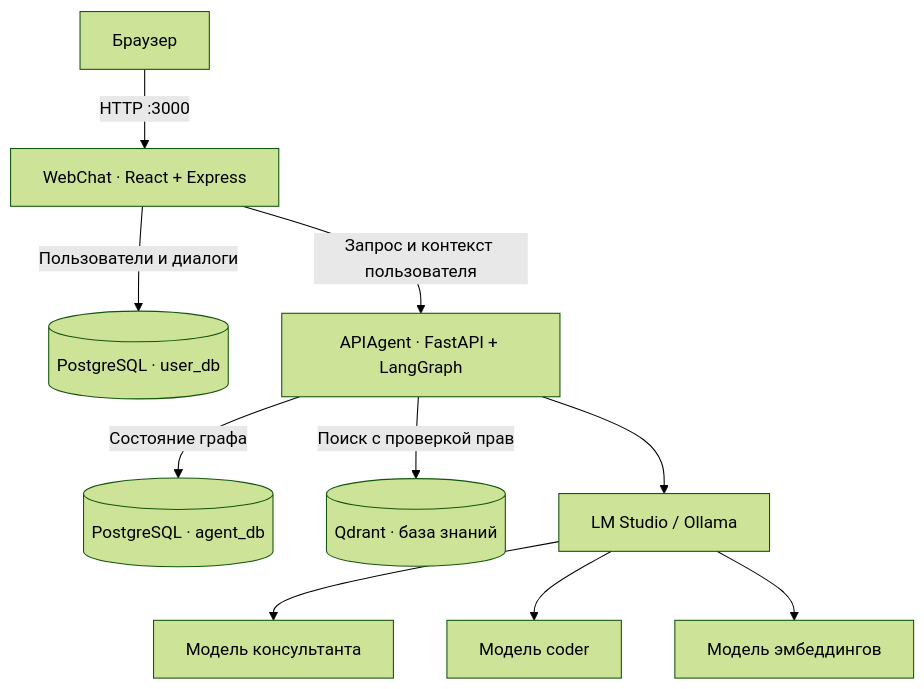
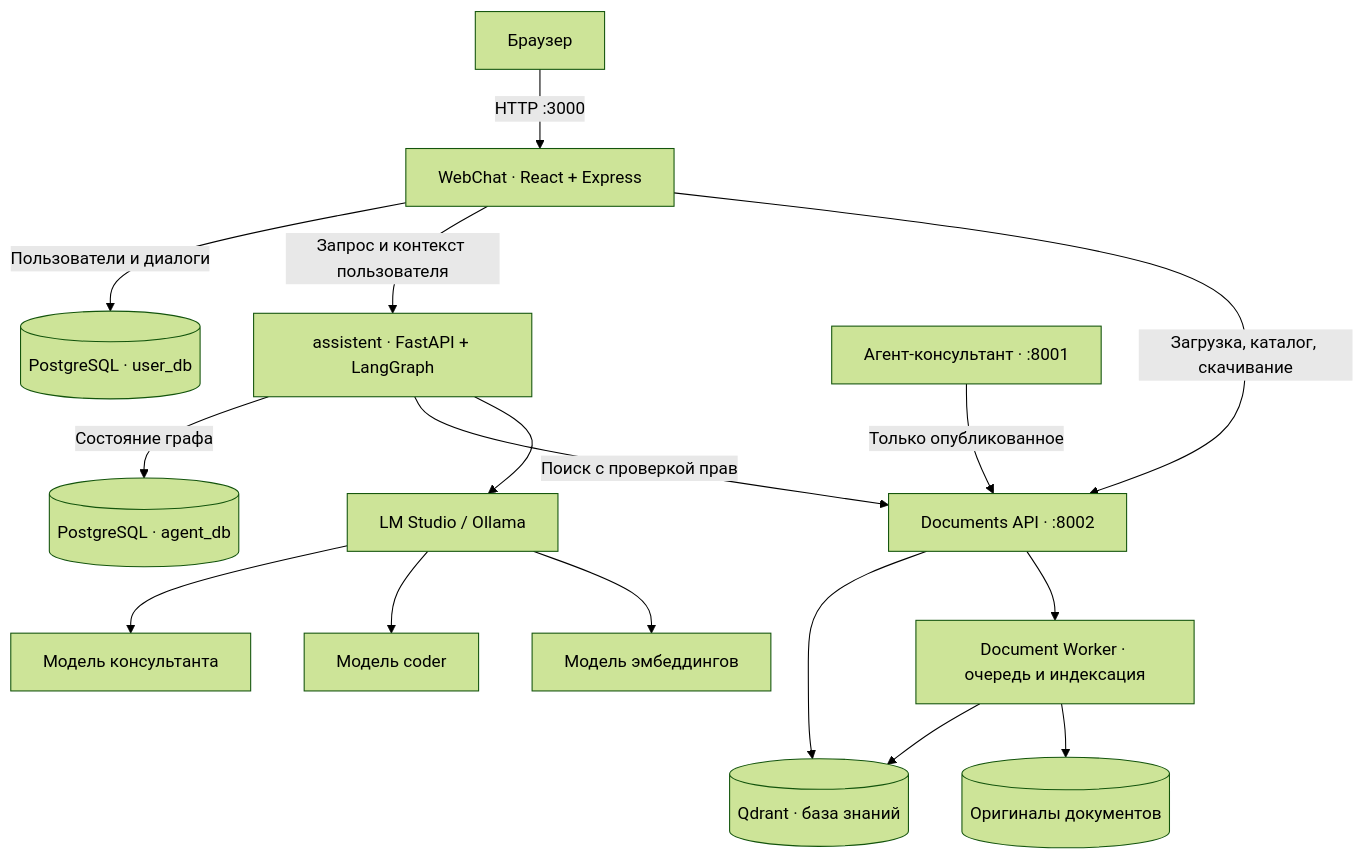
One commit to kanl222/VIIO changed the diagram in README.md. Above: the diagram before and after it, drawn with Mermaid (forest theme). The commit also changed other lines of this file and 187 other files, not shown here.

Commit message:
Extract document services and rename APIAgent to assistent

````diff
--- a/README.md
+++ b/README.md
@@ -40,12 +40,18 @@
 ```mermaid
 flowchart TD
     Browser[Браузер] -->|HTTP :3000| WebChat[WebChat · React + Express]
     WebChat -->|Пользователи и диалоги| UserDB[(PostgreSQL · user_db)]
-    WebChat -->|Запрос и контекст пользователя| API[APIAgent · FastAPI + LangGraph]
+    WebChat -->|Запрос и контекст пользователя| API[assistent · FastAPI + LangGraph]
     API -->|Состояние графа| AgentDB[(PostgreSQL · agent_db)]
-    API -->|Поиск с проверкой прав| Qdrant[(Qdrant · база знаний)]
+    API -->|Поиск с проверкой прав| Documents[Documents API · :8002]
+    Consultant[Агент-консультант · :8001] -->|Только опубликованное| Documents
+    WebChat -->|Загрузка, каталог, скачивание| Documents
+    Documents --> Qdrant[(Qdrant · база знаний)]
+    Documents --> Worker[Document Worker · очередь и индексация]
+    Worker --> Qdrant
+    Worker --> Files[(Оригиналы документов)]
     API --> Models[LM Studio / Ollama]
     Models --> Chat[Модель консультанта]
     Models --> Coder[Модель coder]
     Models --> Embeddings[Модель эмбеддингов]
 ```
````
